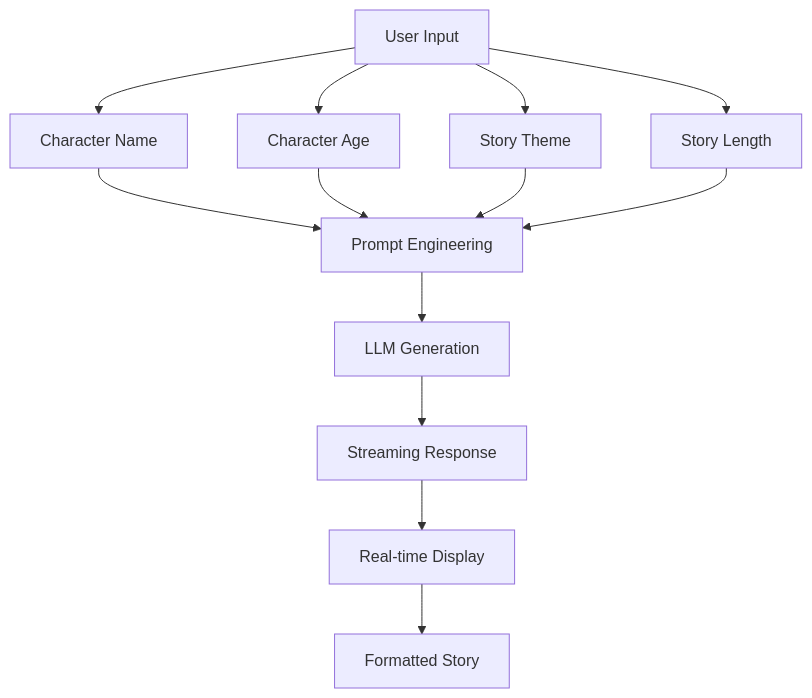
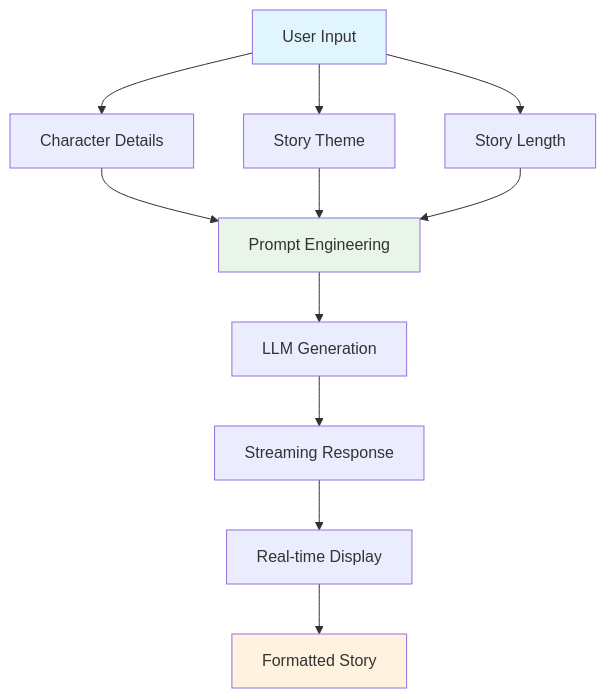
Before and after one commit to learnwithparam/monkey-kata: the diagram in api/demos/bedtime_story_generator/README.md, drawn with Mermaid. The commit also changed other lines of this file and 1 other file, not shown here.

````diff
--- a/api/demos/bedtime_story_generator/README.md
+++ b/api/demos/bedtime_story_generator/README.md
@@ -16,17 +17,19 @@
 ```mermaid
 graph TD
-    A[User Input] --> B[Character Name]
-    A --> C[Character Age]
-    A --> D[Story Theme]
-    A --> E[Story Length]
+    A[User Input] --> B[Character Details]
+    A --> C[Story Theme]
+    A --> D[Story Length]
     
-    B --> F[Prompt Engineering]
-    C --> F
-    D --> F
-    E --> F
+    B --> E[Prompt Engineering]
+    C --> E
+    D --> E
     
-    F --> G[LLM Generation]
-    G --> H[Streaming Response]
-    H --> I[Real-time Display]
-    I --> J[Formatted Story]
+    E --> F[LLM Generation]
+    F --> G[Streaming Response]
+    G --> H[Real-time Display]
+    H --> I[Formatted Story]
+    
+    style A fill:#e1f5fe
+    style E fill:#e8f5e8
+    style I fill:#fff3e0
 ```
````
